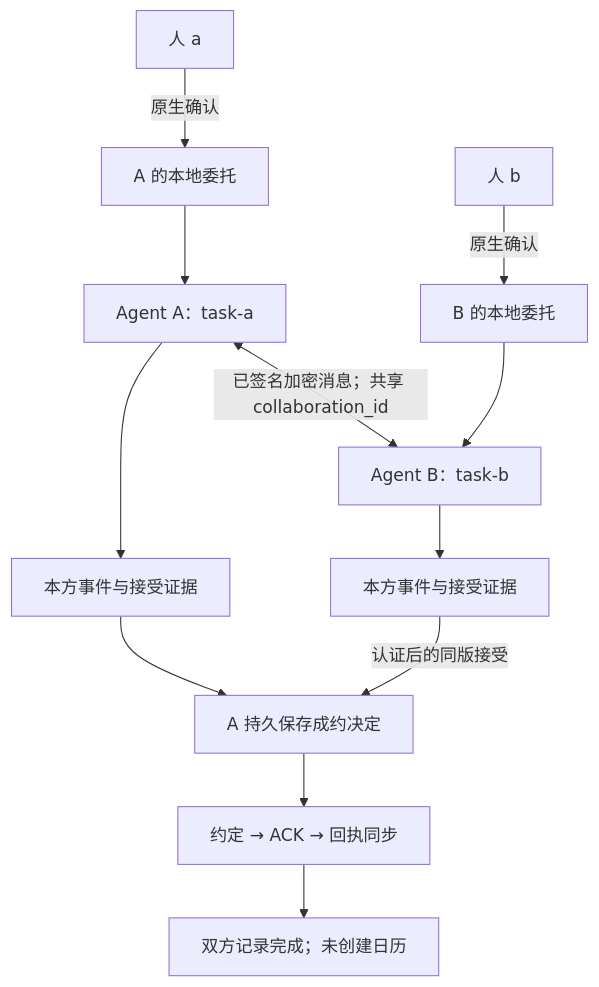
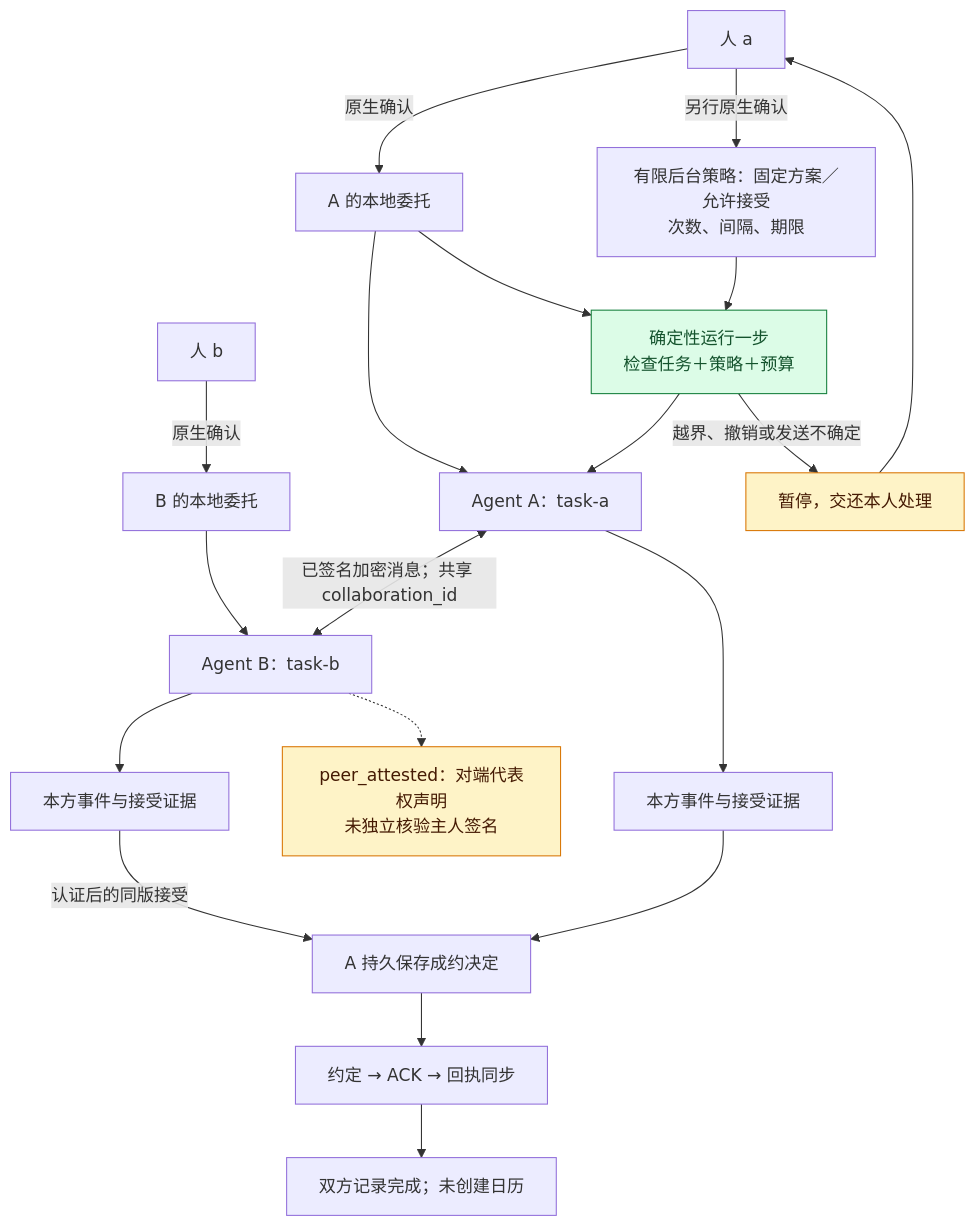
Before and after one commit to BillShiyaoZhang/agent-collaboration-deploy: the first of 3 diagrams in docs/architecture/COLLABORATION_AND_ATTENTION.md, drawn with Mermaid. The commit also changed other lines of this file and 5 other files, not shown here.

Commit message:
Document complete attention flow and verified deployment candidate

````diff
--- a/docs/architecture/COLLABORATION_AND_ATTENTION.md
+++ b/docs/architecture/COLLABORATION_AND_ATTENTION.md
@@ -17,14 +20,24 @@
 ```mermaid
 flowchart TD
     a["人 a"] -->|"原生确认"| ga["A 的本地委托"]
     b["人 b"] -->|"原生确认"| gb["B 的本地委托"]
     ga --> A["Agent A：task-a"]
     gb --> B["Agent B：task-b"]
+    a -->|"另行原生确认"| pa["有限后台策略：固定方案／允许接受<br/>次数、间隔、期限"]
+    pa --> wa["确定性运行一步<br/>检查任务＋策略＋预算"]
+    ga --> wa
+    wa --> A
+    wa -->|"越界、撤销或发送不确定"| q["暂停，交还本人处理"]
+    q --> a
     A <-->|"已签名加密消息；共享 collaboration_id"| B
     A --> ea["本方事件与接受证据"]
     B --> eb["本方事件与接受证据"]
     ea --> D["A 持久保存成约决定"]
     eb -->|"认证后的同版接受"| D
     D --> S["约定 → ACK → 回执同步"]
     S --> C["双方记录完成；未创建日历"]
+    B -.-> P["peer_attested：对端代表权声明<br/>未独立核验主人签名"]
+    style q fill:#FEF3C7,stroke:#D97706,color:#451A03
+    style P fill:#FEF3C7,stroke:#D97706,color:#451A03
+    style wa fill:#DCFCE7,stroke:#15803D,color:#14532D
 ```
````
